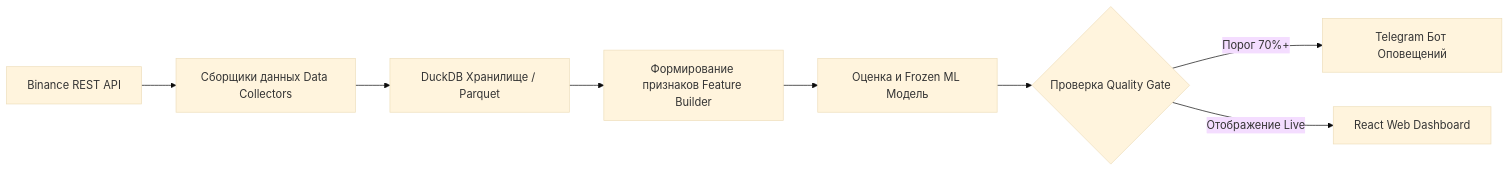
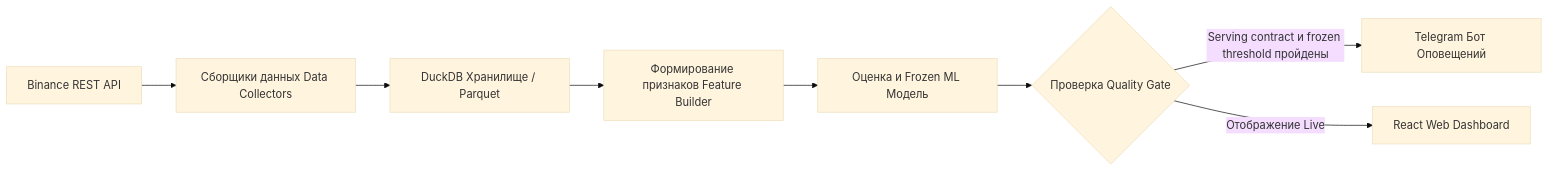
The diagram in README.ru.md (mrcanlaco/Dao-Vang-Peak-Pulse), drawn with Mermaid (base theme) before and after one commit. The commit also changed other lines of this file and 70 other files, not shown here.

````diff
--- a/README.ru.md
+++ b/README.ru.md
@@ -62,10 +64,10 @@
 ```mermaid
 flowchart LR
     A[Binance REST API] --> B[Сборщики данных Data Collectors]
     B --> C[DuckDB Хранилище / Parquet]
     C --> D[Формирование признаков Feature Builder]
     D --> E[Оценка и Frozen ML Модель]
     E --> F{Проверка Quality Gate}
-    F -->|Порог 70%+| G[Telegram Бот Оповещений]
+    F -->|Serving contract и frozen threshold пройдены| G[Telegram Бот Оповещений]
     F -->|Отображение Live| H[React Web Dashboard]
 ```
````
